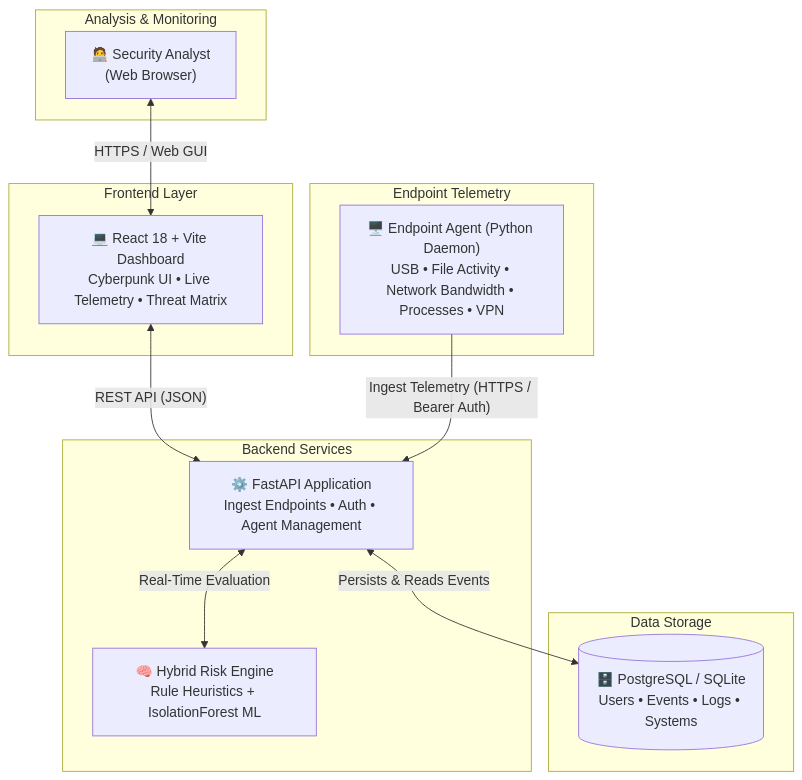
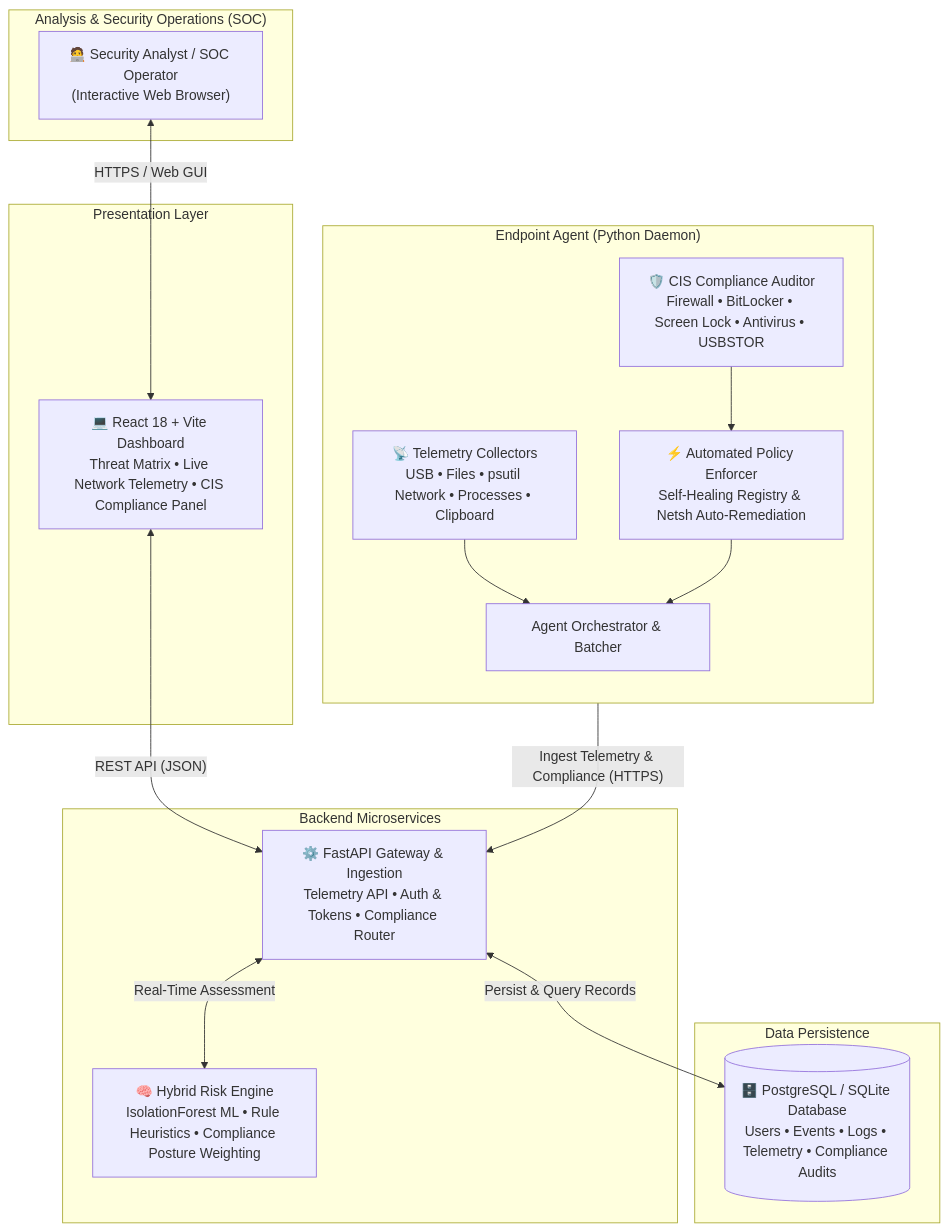
The diagram in README.md (Devansh7006/Dikoryx), drawn with Mermaid before and after one commit. The commit also changed other lines of this file, not shown here.

Commit message:
docs: document CIS compliance auditing and automated policy enforcement in architecture and README

````diff
--- a/README.md
+++ b/README.md
@@ -61,29 +61,36 @@
 ```mermaid
 flowchart TD
-    subgraph AnalystLayer ["Analysis & Monitoring"]
-        Analyst["🧑‍💻 Security Analyst<br/>(Web Browser)"]
+    subgraph AnalystLayer ["Analysis & Security Operations (SOC)"]
+        Analyst["🧑‍💻 Security Analyst / SOC Operator<br/>(Interactive Web Browser)"]
     end
 
-    subgraph PresentationLayer ["Frontend Layer"]
-        Frontend["💻 React 18 + Vite Dashboard<br/>Cyberpunk UI • Live Telemetry • Threat Matrix"]
+    subgraph PresentationLayer ["Presentation Layer"]
+        Frontend["💻 React 18 + Vite Dashboard<br/>Threat Matrix • Live Network Telemetry • CIS Compliance Panel"]
     end
 
-    subgraph BackendLayer ["Backend Services"]
-        Backend["⚙️ FastAPI Application<br/>Ingest Endpoints • Auth • Agent Management"]
-        RiskEngine["🧠 Hybrid Risk Engine<br/>Rule Heuristics + IsolationForest ML"]
+    subgraph BackendLayer ["Backend Microservices"]
+        Backend["⚙️ FastAPI Gateway & Ingestion<br/>Telemetry API • Auth & Tokens • Compliance Router"]
+        RiskEngine["🧠 Hybrid Risk Engine<br/>IsolationForest ML • Rule Heuristics • Compliance Posture Weighting"]
     end
 
-    subgraph DataLayer ["Data Storage"]
-        DB[("🗄️ PostgreSQL / SQLite<br/>Users • Events • Logs • Systems")]
+    subgraph DataLayer ["Data Persistence"]
+        DB[("🗄️ PostgreSQL / SQLite Database<br/>Users • Events • Logs • Telemetry • Compliance Audits")]
     end
 
-    subgraph AgentLayer ["Endpoint Telemetry"]
-        Agent["🖥️ Endpoint Agent (Python Daemon)<br/>USB • File Activity • Network Bandwidth • Processes • VPN"]
+    subgraph AgentLayer ["Endpoint Agent (Python Daemon)"]
+        direction TB
+        TelemetryCollector["📡 Telemetry Collectors<br/>USB • Files • psutil Network • Processes • Clipboard"]
+        ComplianceAuditor["🛡️ CIS Compliance Auditor<br/>Firewall • BitLocker • Screen Lock • Antivirus • USBSTOR"]
+        AutoEnforcer["⚡ Automated Policy Enforcer<br/>Self-Healing Registry & Netsh Auto-Remediation"]
+        
+        TelemetryCollector --> AgentCore["Agent Orchestrator & Batcher"]
+        ComplianceAuditor --> AutoEnforcer
+        AutoEnforcer --> AgentCore
     end
 
     Analyst <-->|"HTTPS / Web GUI"| Frontend
     Frontend <-->|"REST API (JSON)"| Backend
-    Backend <-->|"Real-Time Evaluation"| RiskEngine
-    Backend <-->|"Persists & Reads Events"| DB
-    Agent -->|"Ingest Telemetry (HTTPS / Bearer Auth)"| Backend
+    Backend <-->|"Real-Time Assessment"| RiskEngine
+    Backend <-->|"Persist & Query Records"| DB
+    AgentCore -->|"Ingest Telemetry & Compliance (HTTPS)"| Backend
 ```
````
